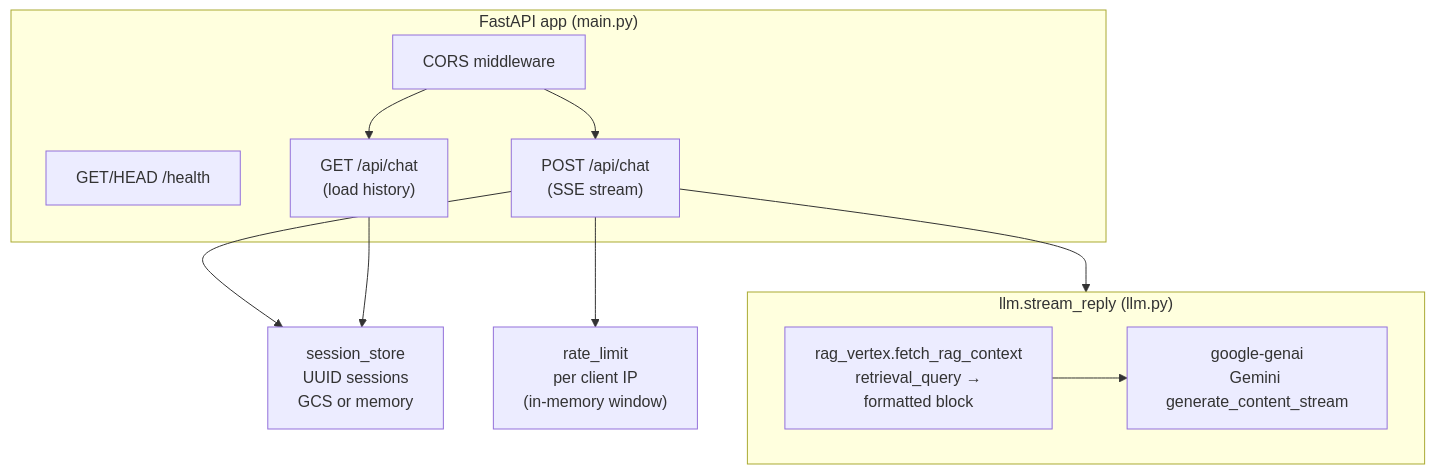
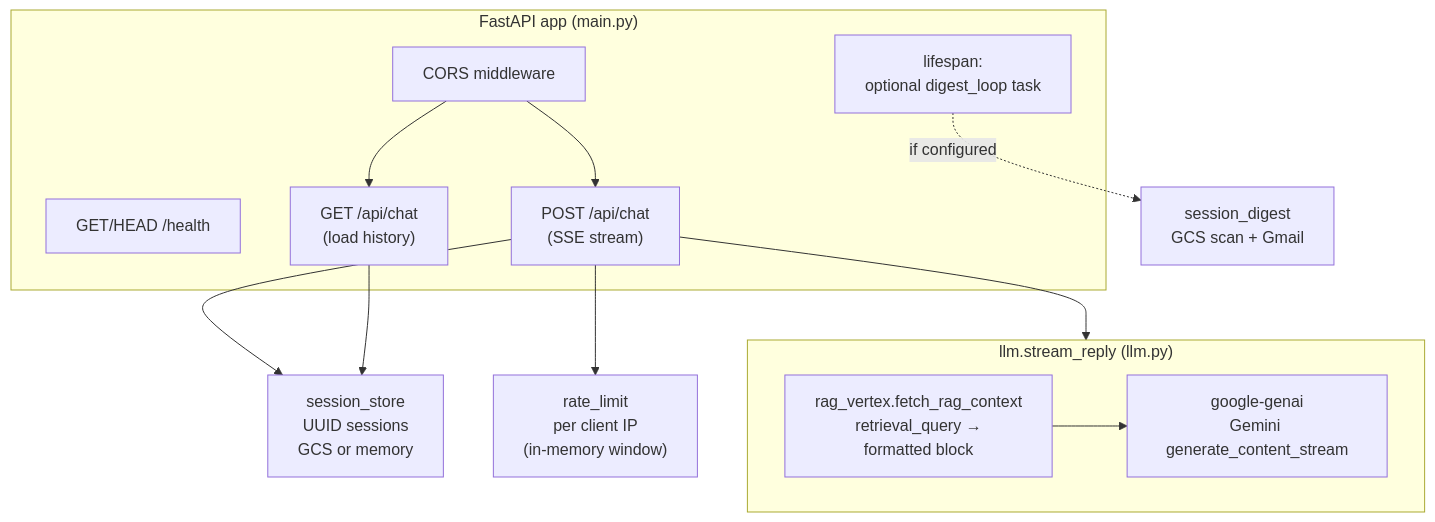
Before and after one commit to ak47/digital_twin: the fifth of 6 diagrams in docs/ARCHITECTURE.md, drawn with Mermaid. The commit also changed other lines of this file and 2 other files, not shown here.

````diff
--- a/docs/ARCHITECTURE.md
+++ b/docs/ARCHITECTURE.md
@@ -110,25 +160,28 @@
 ```mermaid
 flowchart TB
     subgraph fastapi["FastAPI app (main.py)"]
         MW["CORS middleware"]
         H["GET/HEAD /health"]
         G["GET /api/chat\n(load history)"]
         P["POST /api/chat\n(SSE stream)"]
+        Life["lifespan:\noptional digest_loop task"]
     end
 
     RL["rate_limit\nper client IP\n(in-memory window)"]
     SS["session_store\nUUID sessions\nGCS or memory"]
+    Dig["session_digest\nGCS scan + Gmail"]
 
     subgraph llm_pipe["llm.stream_reply (llm.py)"]
         RAG["rag_vertex.fetch_rag_context\nretrieval_query →\nformatted block"]
         GEN["google-genai\nGemini generate_content_stream"]
         RAG --> GEN
     end
 
+    Life -.->|if configured| Dig
     MW --> G
     MW --> P
     P --> RL
     P --> SS
     P --> llm_pipe
     G --> SS
 ```
````
